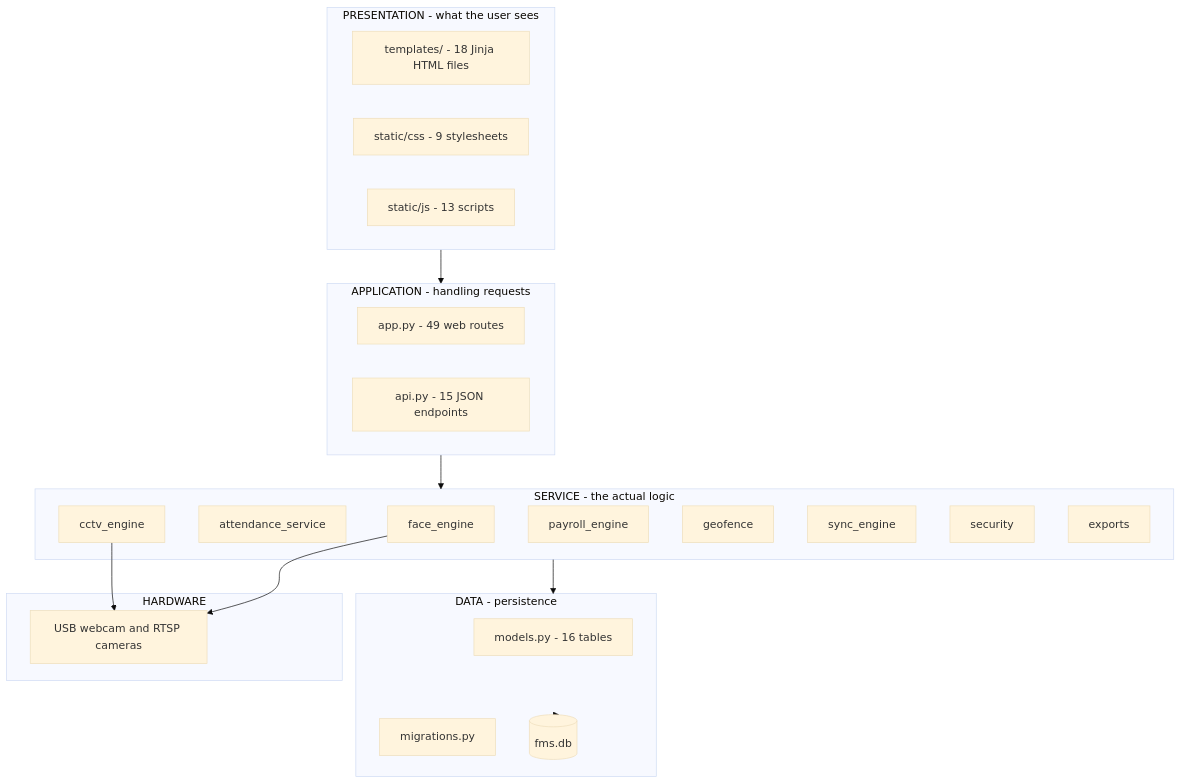
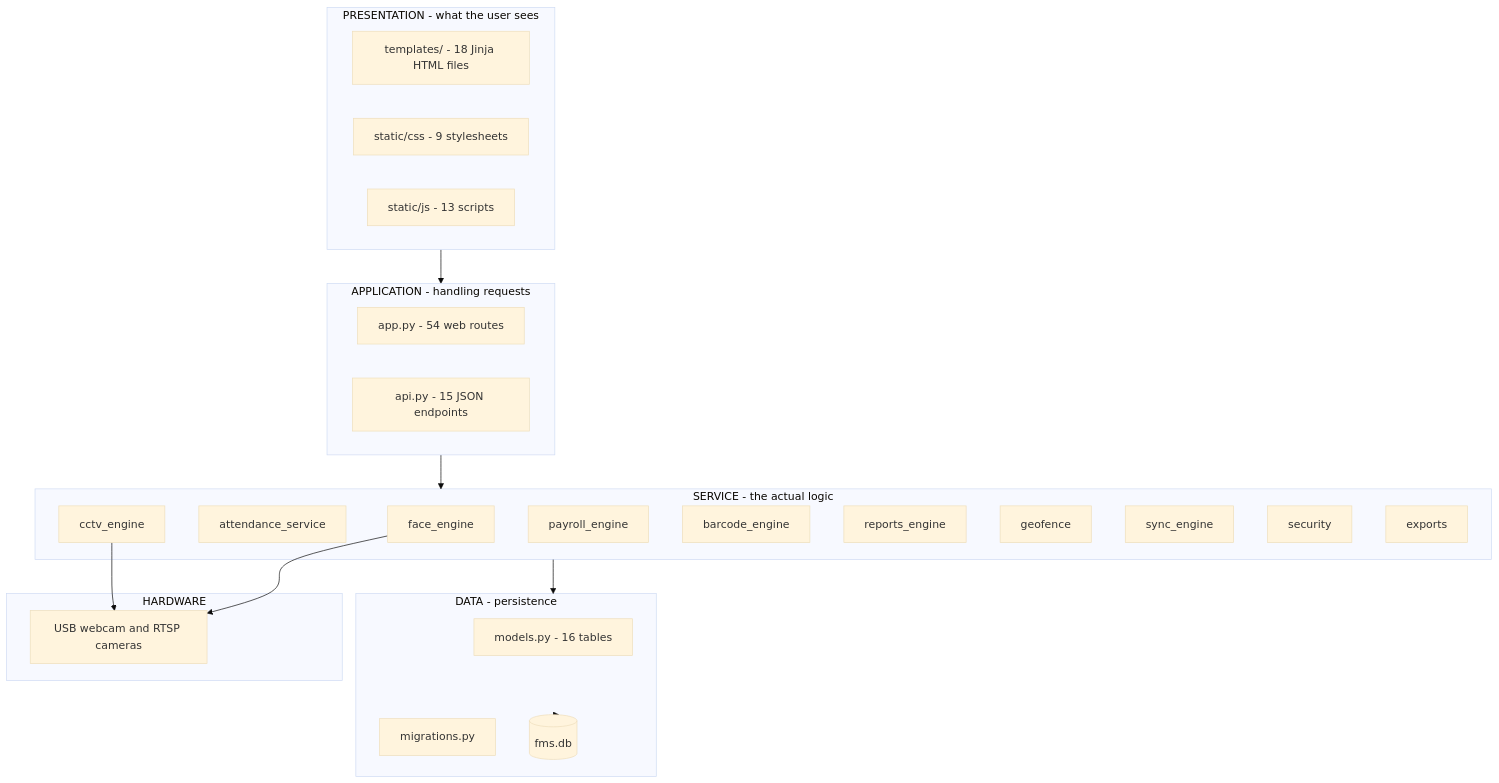
The first of 4 diagrams in wiki/02-the-big-picture.md (TBS5596/Farm-Worker-Management-System), drawn with Mermaid (base theme) before and after one commit. The commit also changed 24 other files, not shown here.

````diff
--- a/wiki/02-the-big-picture.md
+++ b/wiki/02-the-big-picture.md
@@ -11,41 +11,43 @@
 ```mermaid
 flowchart TB
     subgraph L1["PRESENTATION - what the user sees"]
         T["templates/ - 18 Jinja HTML files"]
         CSS["static/css - 9 stylesheets"]
         JS["static/js - 13 scripts"]
     end
 
     subgraph L2["APPLICATION - handling requests"]
-        R["app.py - 49 web routes"]
+        R["app.py - 54 web routes"]
         A["api.py - 15 JSON endpoints"]
     end
 
     subgraph L3["SERVICE - the actual logic"]
         FE["face_engine"]
         AS["attendance_service"]
         CE["cctv_engine"]
         PE["payroll_engine"]
+        BE["barcode_engine"]
+        RE["reports_engine"]
         GF["geofence"]
         SE["sync_engine"]
         SEC["security"]
         EX["exports"]
     end
 
     subgraph L4["DATA - persistence"]
         M["models.py - 16 tables"]
         MIG["migrations.py"]
         DB[("fms.db")]
     end
 
     subgraph HW["HARDWARE"]
         CAM["USB webcam and RTSP cameras"]
     end
 
     L1 --> L2
     L2 --> L3
     L3 --> L4
     L4 --> DB
     CE --> CAM
     FE --> CAM
 ```
````
